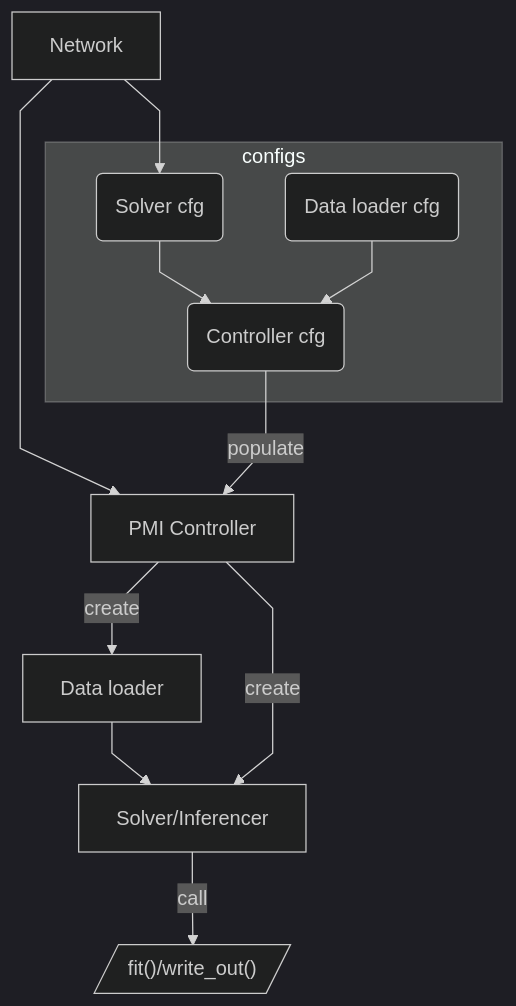
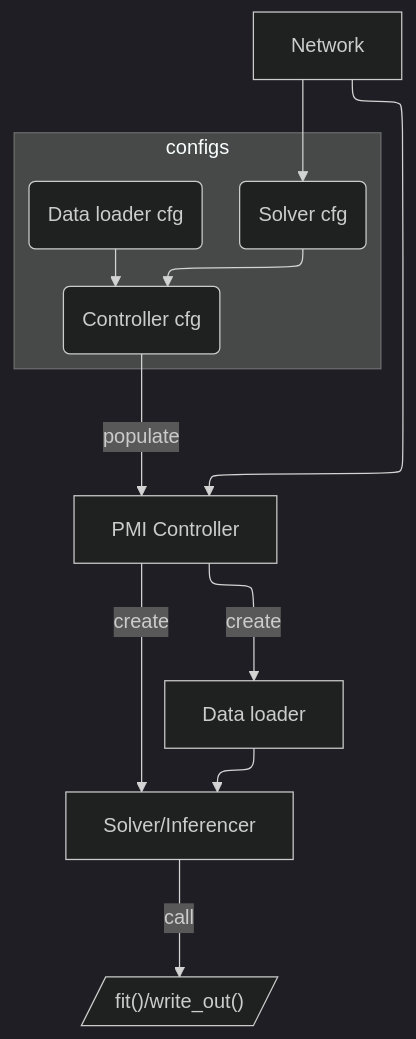
Before and after one commit to ml-w/pytorch_medical_imaging: the third of 3 diagrams in README.md, drawn with Mermaid. The commit also changed other lines of this file, not shown here.

````diff
--- a/README.md
+++ b/README.md
@@ -114,16 +114,16 @@
 ```mermaid
-%%{ init : { "theme" : "dark", "flowchart" : { "curve" : "linear"}}}%%
+%%{ init : { "theme" : "dark", "flowchart" : { "defaultRenderer" : "elk"}}}%%
 flowchart TD
 	subgraph configs
 		sc(Solver cfg)
 		lc(Data loader cfg)
 		sc & lc --> pmic(Controller cfg)
 	end
 	N[Network] --> sc
         N --> B
 	pmic --> |populate|B[PMI Controller]
 	B --> |create|dl[Data loader] --> Solver["Solver/Inferencer"]
 	B --> |create|Solver
 	Solver --> |call|fit[/"fit()/write_out()"/]
 
 ```
````
